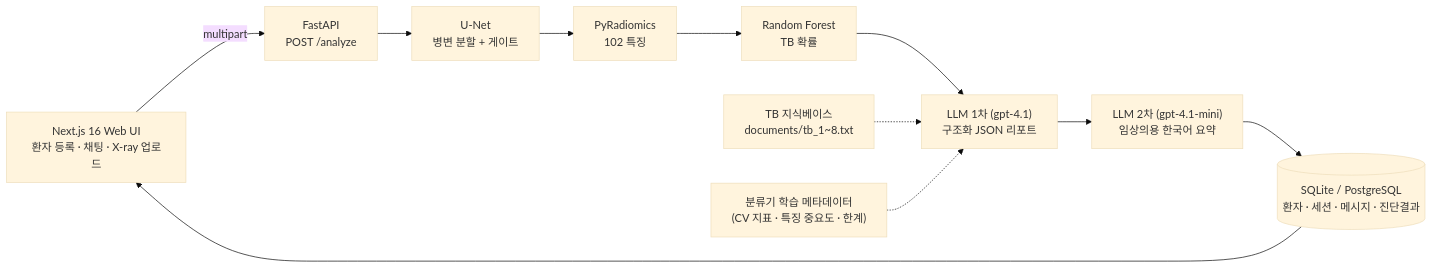
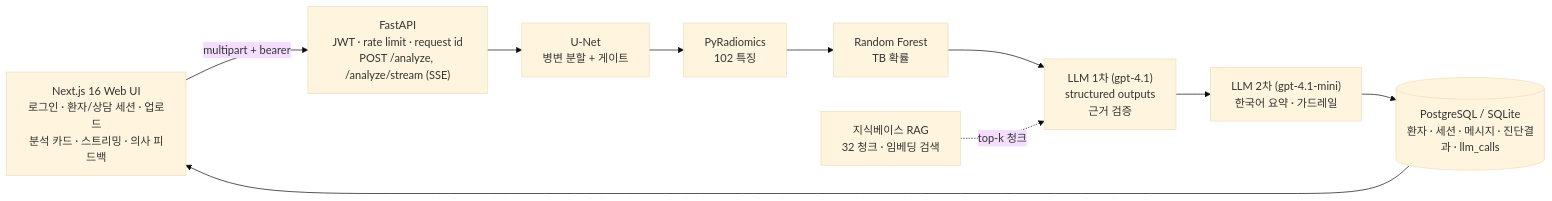
One commit to dongramiho/xray-tb-radiomics-llm changed the diagram in README.md. Above: the diagram before and after it, drawn with Mermaid (base theme). The commit also changed other lines of this file and 49 other files, not shown here.

````diff
--- a/README.md
+++ b/README.md
@@ -46,18 +54,16 @@
 ```mermaid
 flowchart LR
-    FE["Next.js 16 Web UI<br/>환자 등록 · 채팅 · X-ray 업로드"]
-    API["FastAPI<br/>POST /analyze"]
+    FE["Next.js 16 Web UI<br/>로그인 · 환자/상담 세션 · 업로드<br/>분석 카드 · 스트리밍 · 의사 피드백"]
+    API["FastAPI<br/>JWT · rate limit · request id<br/>POST /analyze, /analyze/stream (SSE)"]
     SEG["U-Net<br/>병변 분할 + 게이트"]
     RAD["PyRadiomics<br/>102 특징"]
     CLF["Random Forest<br/>TB 확률"]
-    LLM1["LLM 1차 (gpt-4.1)<br/>구조화 JSON 리포트"]
-    LLM2["LLM 2차 (gpt-4.1-mini)<br/>임상의용 한국어 요약"]
-    DB[("SQLite / PostgreSQL<br/>환자 · 세션 · 메시지 · 진단결과")]
-    KB["TB 지식베이스<br/>documents/tb_1~8.txt"]
-    META["분류기 학습 메타데이터<br/>(CV 지표 · 특징 중요도 · 한계)"]
+    LLM1["LLM 1차 (gpt-4.1)<br/>structured outputs<br/>근거 검증"]
+    LLM2["LLM 2차 (gpt-4.1-mini)<br/>한국어 요약 · 가드레일"]
+    KB["지식베이스 RAG<br/>32 청크 · 임베딩 검색"]
+    DB[("PostgreSQL / SQLite<br/>환자 · 세션 · 메시지 · 진단결과 · llm_calls")]
 
-    FE -->|multipart| API
+    FE -->|multipart + bearer| API
     API --> SEG --> RAD --> CLF --> LLM1 --> LLM2 --> DB --> FE
-    KB -.-> LLM1
-    META -.-> LLM1
+    KB -.->|top-k 청크| LLM1
 ```
````
